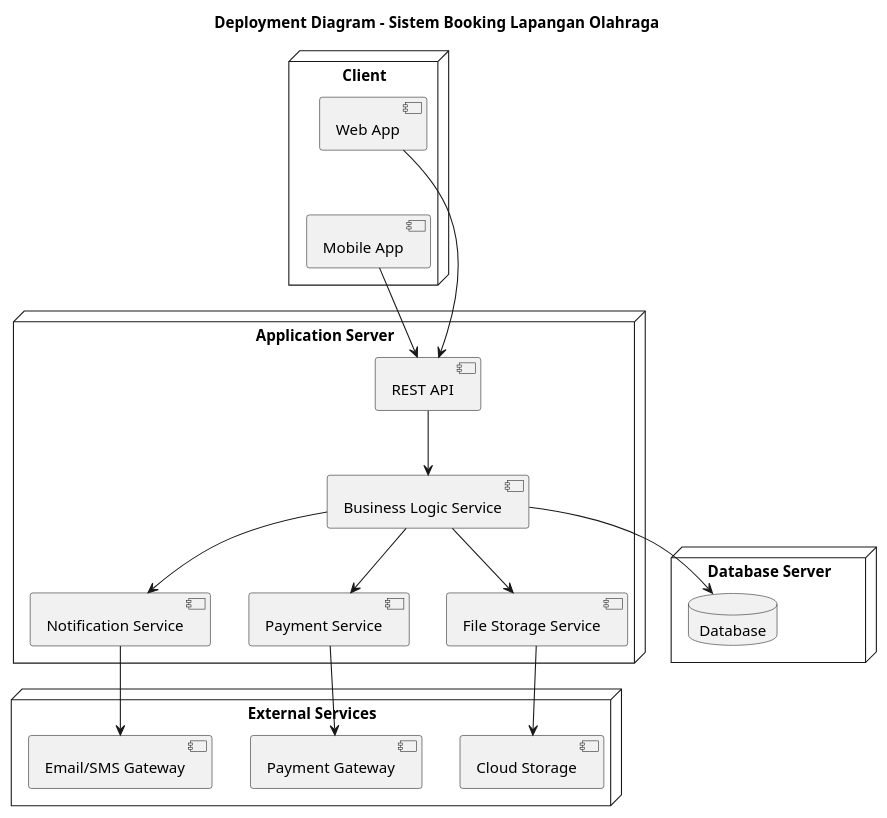
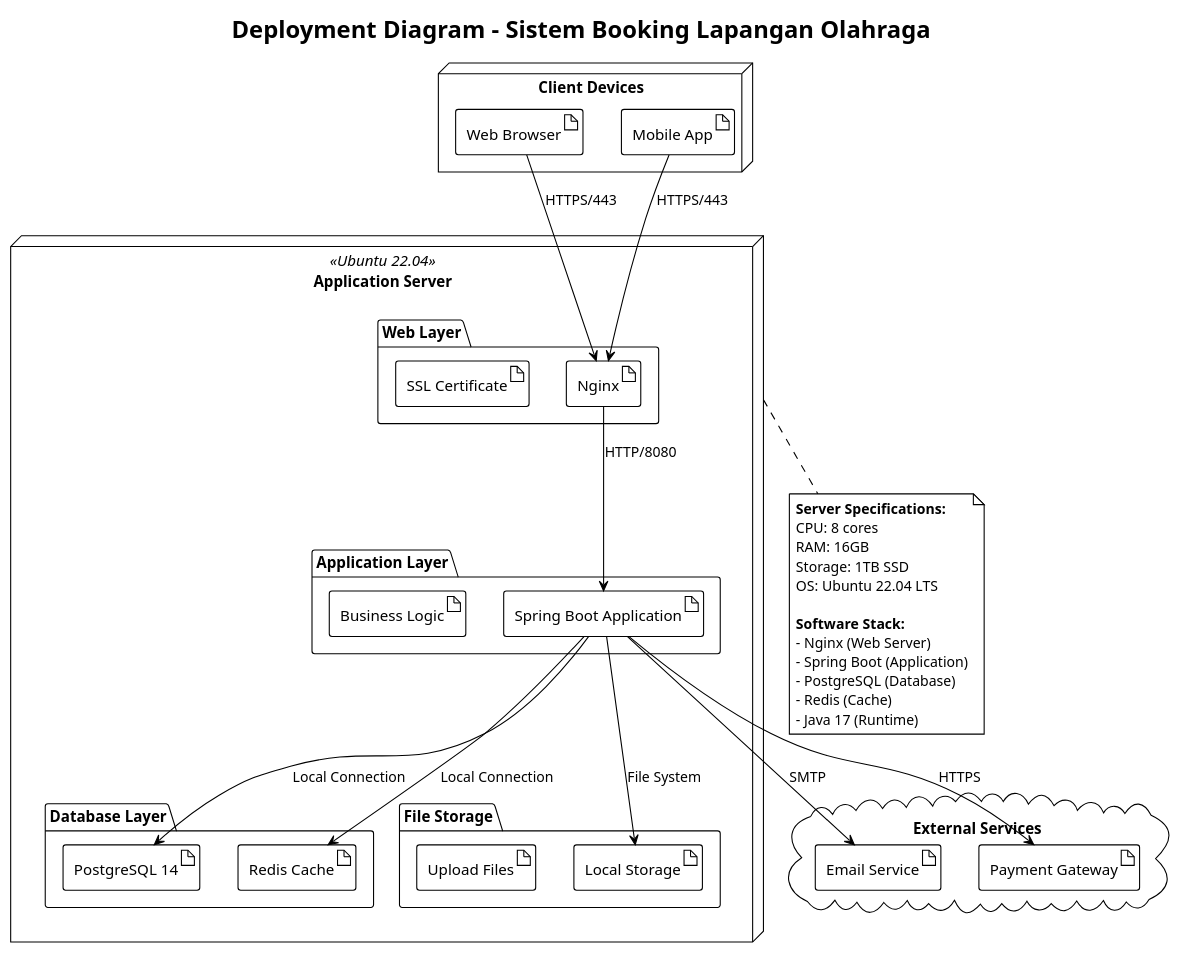
Before and after one commit to myasirnovals/Appl: the diagram in JurnalAPPL/DeploymentDiagram/DDLapanganOlahraga.puml, drawn with PlantUML. The commit also changed 11 other files, not shown here.

Commit message:
pembaruan state diagram, Component, Deployment, dan ERD

```diff
--- a/JurnalAPPL/DeploymentDiagram/DDLapanganOlahraga.puml
+++ b/JurnalAPPL/DeploymentDiagram/DDLapanganOlahraga.puml
@@ -1,39 +1,55 @@
 @startuml
+!theme plain
 title Deployment Diagram - Sistem Booking Lapangan Olahraga
 
-node "Client" {
-    component "Web App"
-    component "Mobile App"
+' Client Devices
+node "Client Devices" {
+    artifact "Web Browser" as Browser
+    artifact "Mobile App" as MobileApp
 }
 
-node "Application Server" {
-    component "REST API"
-    component "Business Logic Service"
-    component "Notification Service"
-    component "Payment Service"
-    component "File Storage Service"
+' Single Server (All-in-One)
+node "Application Server" as AppServer <<Ubuntu 22.04>> {
+    package "Web Layer" {
+        artifact "Nginx" as Nginx
+        artifact "SSL Certificate" as SSL
+    }
+
+    package "Application Layer" {
+        artifact "Spring Boot Application" as SpringApp
+        artifact "Business Logic" as BizLogic
+    }
+
+    package "Database Layer" {
+        artifact "PostgreSQL 14" as PostgresDB
+        artifact "Redis Cache" as RedisCache
+    }
+
+    package "File Storage" {
+        artifact "Local Storage" as LocalStorage
+        artifact "Upload Files" as UploadFiles
+    }
 }
 
-node "Database Server" {
-    database "Database"
+' External Services
+cloud "External Services" {
+    artifact "Email Service" as EmailSvc
+    artifact "Payment Gateway" as PaymentGW
 }
 
-node "External Services" {
-    component "Email/SMS Gateway"
-    component "Payment Gateway"
-    component "Cloud Storage"
-}
+' Connections
+Browser --> Nginx : HTTPS/443
+MobileApp --> Nginx : HTTPS/443
 
-"Web App" -[hidden]-> "Mobile App"
-"Web App" --> "REST API"
-"Mobile App" --> "REST API"
-"REST API" --> "Business Logic Service"
-"Business Logic Service" --> "Database"
-"Business Logic Service" --> "Notification Service"
-"Business Logic Service" --> "Payment Service"
-"Business Logic Service" --> "File Storage Service"
-"Notification Service" --> "Email/SMS Gateway"
-"Payment Service" --> "Payment Gateway"
-"File Storage Service" --> "Cloud Storage"
+Nginx --> SpringApp : HTTP/8080
+SpringApp --> PostgresDB : Local Connection
+SpringApp --> RedisCache : Local Connection
+SpringApp --> LocalStorage : File System
+
+SpringApp --> EmailSvc : SMTP
+SpringApp --> PaymentGW : HTTPS
+
+' Server Specifications
+note bottom of AppServer : **Server Specifications:**\nCPU: 8 cores\nRAM: 16GB\nStorage: 1TB SSD\nOS: Ubuntu 22.04 LTS\n\n**Software Stack:**\n- Nginx (Web Server)\n- Spring Boot (Application)\n- PostgreSQL (Database)\n- Redis (Cache)\n- Java 17 (Runtime)
 
 @enduml
```
